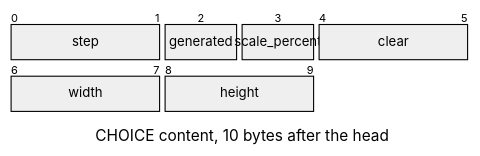
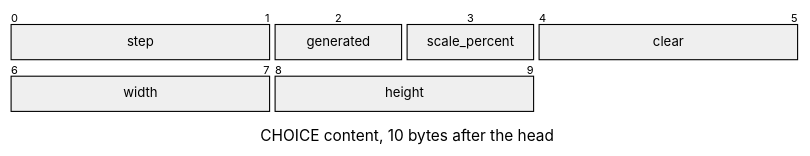
One commit to jose-villegas/autana changed the fifth of 9 diagrams in docs/tools/Frame-Record-Format.md. Above: the diagram before and after it, drawn with Mermaid. The commit also changed other lines of this file, not shown here.

Commit message:
docs: fit frame record packet labels within their fields

````diff
--- a/docs/tools/Frame-Record-Format.md
+++ b/docs/tools/Frame-Record-Format.md
@@ -106,17 +106,17 @@
 ```mermaid
 ---
 config:
   themeCSS: "g:nth-of-type(2) rect:nth-of-type(1) { fill: #e3e3e3 !important; } g:nth-of-type(2) rect:nth-of-type(2) { fill: #e3e3e3 !important; } g:nth-of-type(2) rect:nth-of-type(3) { fill: #e3e3e3 !important; } g:nth-of-type(2) rect:nth-of-type(4) { fill: #e3e3e3 !important; } .packetLabel { fill: #1b1b1b !important; }"
   packet:
     bitsPerRow: 6
-    bitWidth: 70
+    bitWidth: 120
 ---
 packet-beta
 title CHOICE content, 10 bytes after the head
 0-1: "step"
 2-2: "generated"
 3-3: "scale_percent"
 4-5: "clear"
 6-7: "width"
 8-9: "height"
 ```
````
